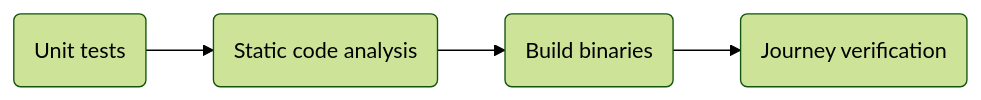
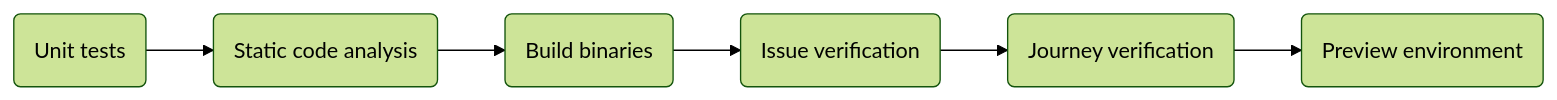
The seventh of 10 diagrams in docs/factory_pipelines.md (ContinuousEngineeringProject/ContinuousEngineeringProject.github.io), drawn with Mermaid (forest theme) before and after one commit. The commit also changed other lines of this file, not shown here.

````diff
--- a/docs/factory_pipelines.md
+++ b/docs/factory_pipelines.md
@@ -128,10 +133,11 @@
 ```mermaid
 flowchart LR
   id1(Unit tests)
   id2(Static code analysis)
   id3(Build binaries)
-  id4(Issue behaviour verification)
-  id4(Journey verification)
+  id4(Issue verification)
+  id5(Journey verification)
+  id6(Preview environment)
   
-  id1 --> id2 --> id3 --> id4
+  id1 --> id2 --> id3 --> id4 --> id5 -->id6
 ```
````
